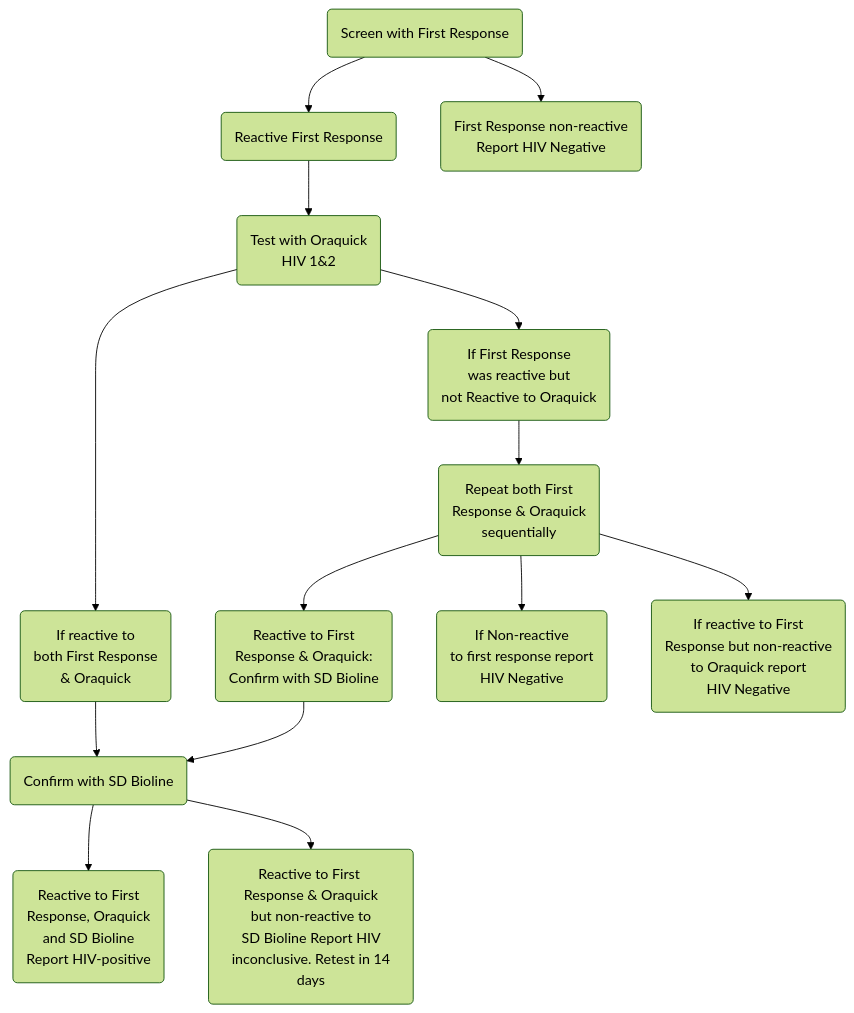
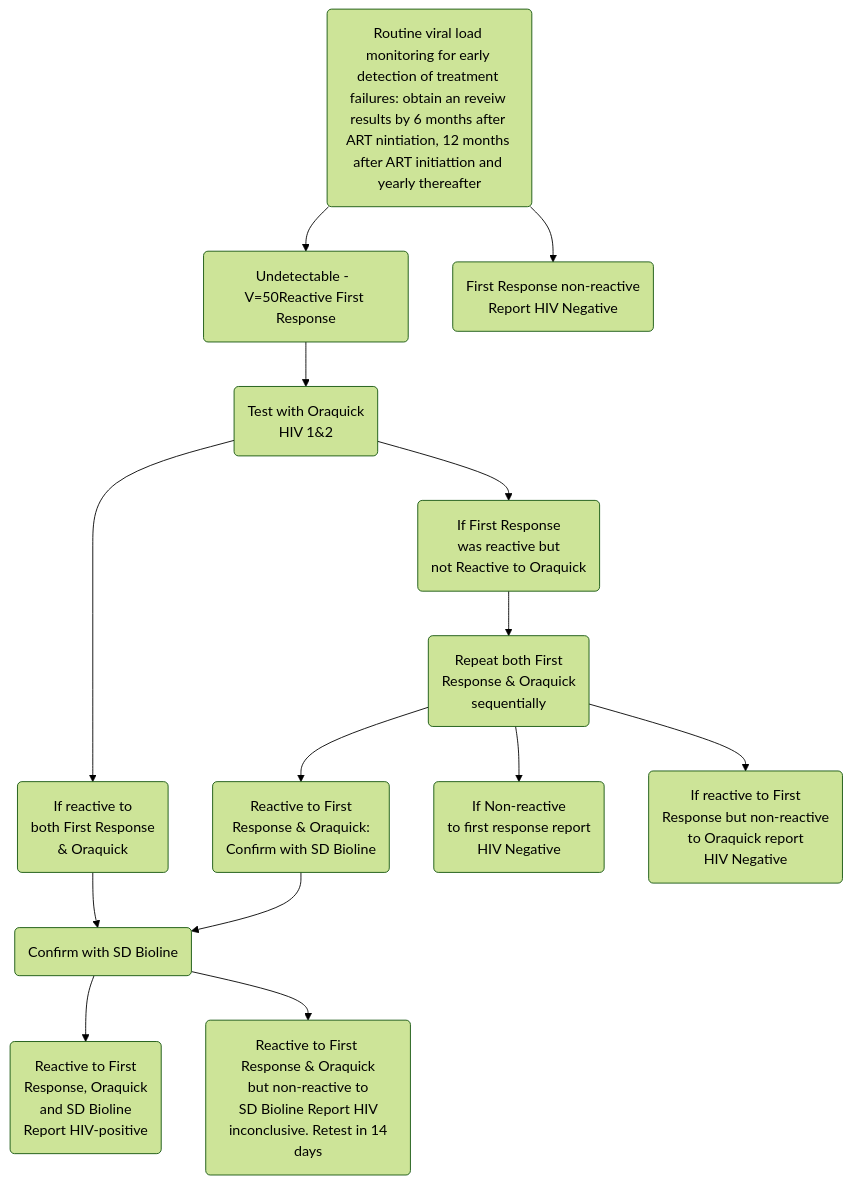
The diagram in id-hiv.qmd (sbnguah/PedicsNotes), drawn with Mermaid (forest theme) before and after one commit. The commit also changed other lines of this file and 6 other files, not shown here.

````diff
--- a/id-hiv.qmd
+++ b/id-hiv.qmd
@@ -90,18 +90,18 @@
 ```{mermaid}
 %%| label: fig-HivTestAlgorithm
 %%| fig-cap: "HIV testing algorithm for non-pregnant women and general population"
 flowchart TD
-    A(Screen with First Response)-->B(Reactive First Response);
+    A(Routine viral load monitoring for early detection of treatment failures: obtain an reveiw results by 6 months after ART nintiation, 12 months after ART initiattion and yearly thereafter)-->B(Undetectable -  V=50Reactive First Response);
     A-->C(First Response non-reactive <br> Report HIV Negative);
     B-->D(Test with Oraquick <br> HIV 1&2);
     D-->E(If reactive to <br> both First Response <br> & Oraquick);
     D-->F(If First Response <br> was reactive but <br> not Reactive to Oraquick);
     E-->G(Confirm with SD Bioline);
     F-->H(Repeat both First <br> Response & Oraquick <br> sequentially);
     H-->I(Reactive to First <br> Response & Oraquick: <br> Confirm with SD Bioline);
     H-->J(If Non-reactive <br> to first response report <br> HIV Negative);
     G-->K(Reactive to First <br> Response, Oraquick <br> and SD Bioline <br> Report HIV-positive);
     G-->L(Reactive to First <br> Response & Oraquick <br> but non-reactive to <br> SD Bioline Report HIV <br> inconclusive. Retest in 14 days);
     H-->M(If reactive to First <br> Response but non-reactive <br> to Oraquick report <br> HIV Negative);
     I-->G
 ```
````
